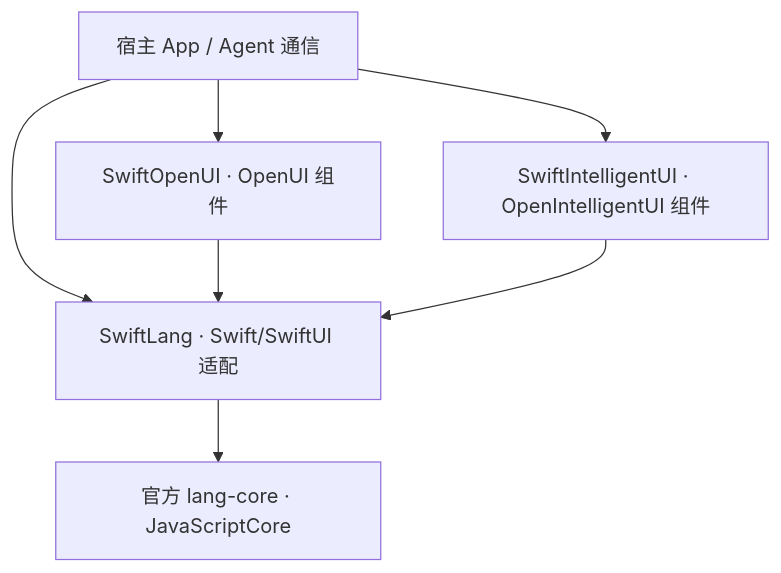
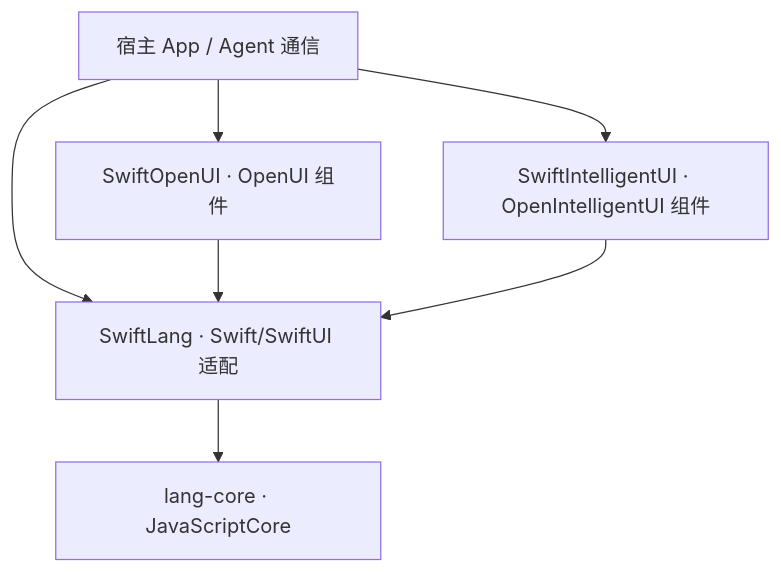
One commit to zyfn/open-intelligent-ui-swift changed the diagram in docs/architecture.md. Above: the diagram before and after it, drawn with Mermaid. The commit also changed other lines of this file and 2 other files, not shown here.

```diff
--- a/docs/architecture.md
+++ b/docs/architecture.md
@@ -37,14 +45,14 @@
 ~~~mermaid
 flowchart TB
     App["宿主 App / Agent 通信"]
     UI["SwiftOpenUI · OpenUI 组件"]
     IUI["SwiftIntelligentUI · OpenIntelligentUI 组件"]
     Lang["SwiftLang · Swift/SwiftUI 适配"]
-    Engine["官方 lang-core · JavaScriptCore"]
+    Engine["lang-core · JavaScriptCore"]
     App --> UI
     App --> IUI
     App --> Lang
     UI --> Lang
     IUI --> Lang
     Lang --> Engine
 ~~~
```
